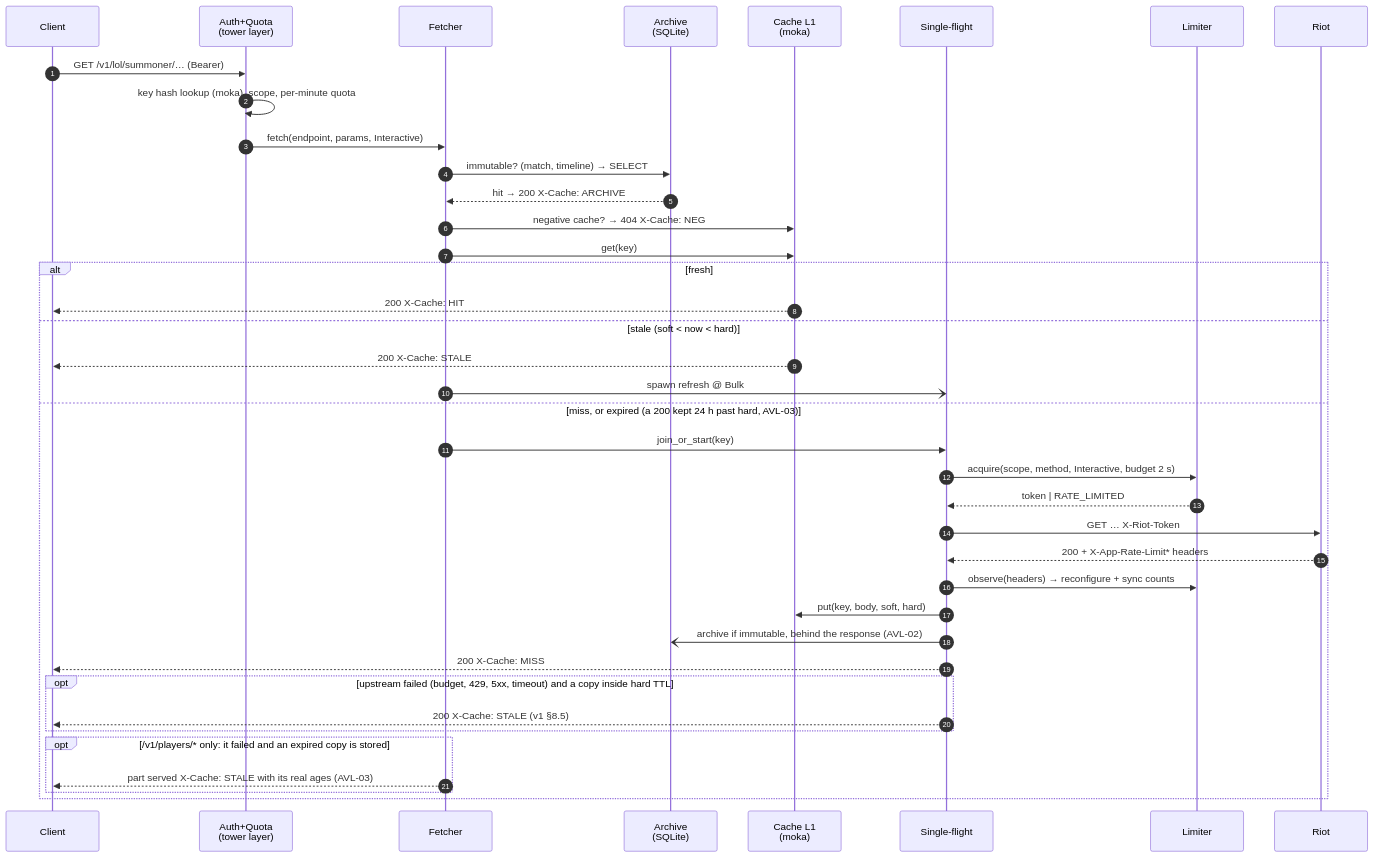
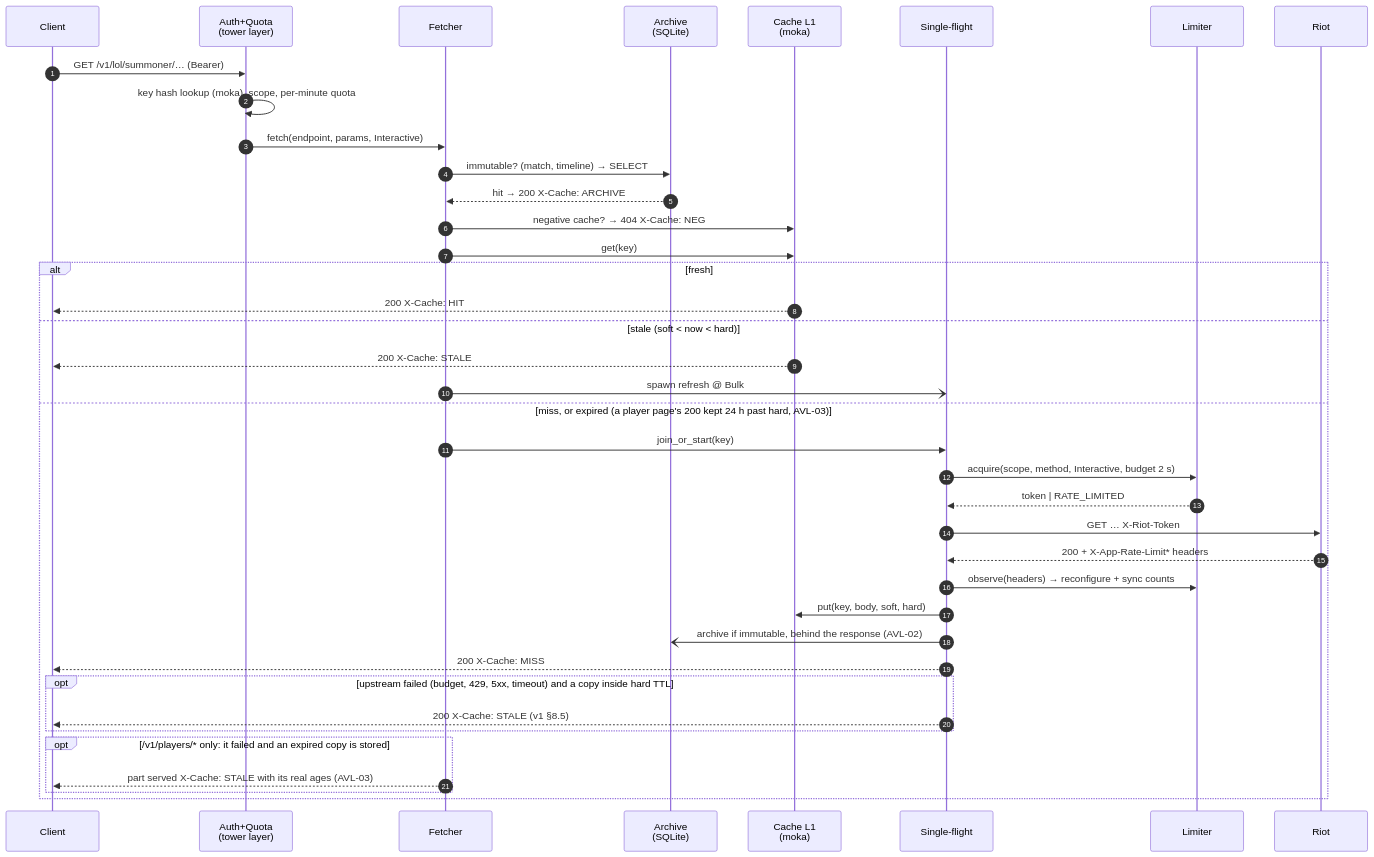
The third of 5 diagrams in docs/design/03-architecture.md (NinjaGoldfinch/riot-proxy), drawn with Mermaid before and after one commit. The commit also changed other lines of this file and 54 other files, not shown here.

First line of the commit message:
fix(cache): keep past-hard copies only for what a player page reads (AVL-08) (#273)

````diff
--- a/docs/design/03-architecture.md
+++ b/docs/design/03-architecture.md
@@ -80,42 +80,42 @@
 ```mermaid
 sequenceDiagram
     autonumber
     participant C as Client
     participant A as Auth+Quota<br/>(tower layer)
     participant F as Fetcher
     participant AR as Archive<br/>(SQLite)
     participant L1 as Cache L1<br/>(moka)
     participant SF as Single-flight
     participant RL as Limiter
     participant R as Riot
 
     C->>A: GET /v1/lol/summoner/… (Bearer)
     A->>A: key hash lookup (moka), scope, per-minute quota
     A->>F: fetch(endpoint, params, Interactive)
     F->>AR: immutable? (match, timeline) → SELECT
     AR-->>F: hit → 200 X-Cache: ARCHIVE
     F->>L1: negative cache? → 404 X-Cache: NEG
     F->>L1: get(key)
     alt fresh
         L1-->>C: 200 X-Cache: HIT
     else stale (soft < now < hard)
         L1-->>C: 200 X-Cache: STALE
         F-)SF: spawn refresh @ Bulk
-    else miss, or expired (a 200 kept 24 h past hard, AVL-03)
+    else miss, or expired (a player page's 200 kept 24 h past hard, AVL-03)
         F->>SF: join_or_start(key)
         SF->>RL: acquire(scope, method, Interactive, budget 2 s)
         RL-->>SF: token | RATE_LIMITED
         SF->>R: GET … X-Riot-Token
         R-->>SF: 200 + X-App-Rate-Limit* headers
         SF->>RL: observe(headers) → reconfigure + sync counts
         SF->>L1: put(key, body, soft, hard)
         SF-)AR: archive if immutable, behind the response (AVL-02)
         SF-->>C: 200 X-Cache: MISS
         opt upstream failed (budget, 429, 5xx, timeout) and a copy inside hard TTL
             SF-->>C: 200 X-Cache: STALE (v1 §8.5)
         end
         opt /v1/players/* only: it failed and an expired copy is stored
             F-->>C: part served X-Cache: STALE with its real ages (AVL-03)
         end
     end
 ```
````
